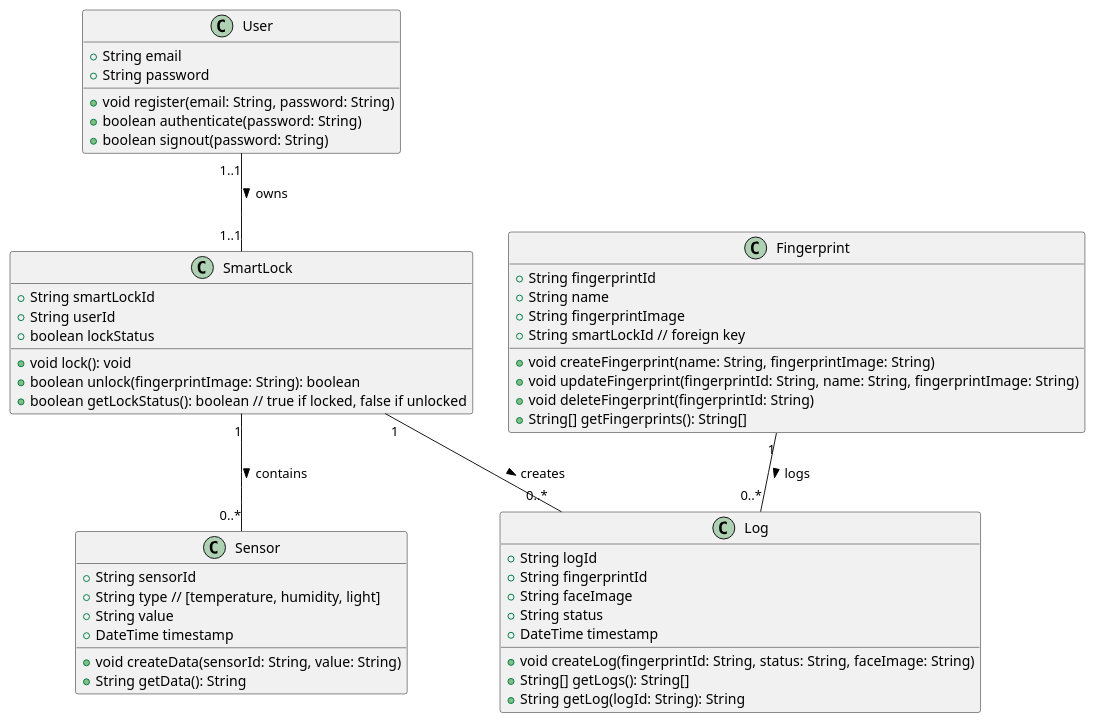
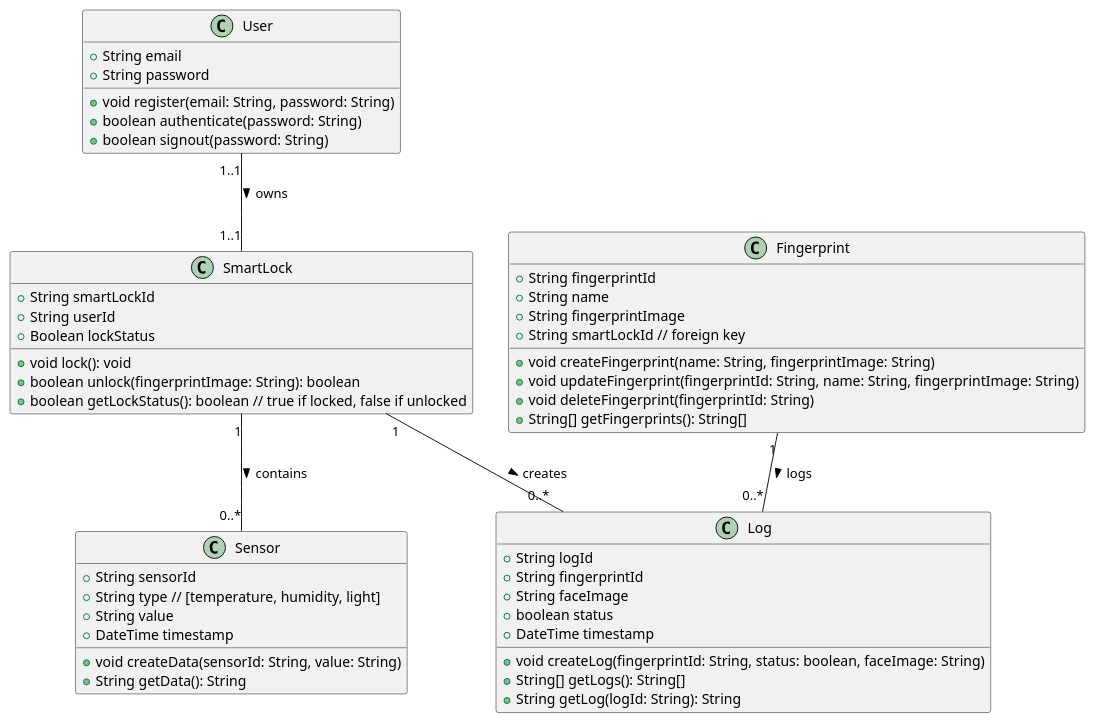
The diagram in uml/smart-lock.puml (Yiwahpsp/Embedded-Project), drawn with PlantUML before and after one commit. The commit also changed 5 other files, not shown here.

```diff
--- a/uml/smart-lock.puml
+++ b/uml/smart-lock.puml
@@ -1,54 +1,54 @@
 @startuml Simplified-Smart-Lock
 class User {
   +String email
   +String password
   +void register(email: String, password: String)
   +boolean authenticate(password: String)
   +boolean signout(password: String)
 }
 
 class SmartLock {
   +String smartLockId
   +String userId
-  +boolean lockStatus
+  +Boolean lockStatus
   +void lock(): void
   +boolean unlock(fingerprintImage: String): boolean
   +boolean getLockStatus(): boolean // true if locked, false if unlocked
 }
 
 class Sensor {
   +String sensorId
   +String type // [temperature, humidity, light]
   +String value
   +DateTime timestamp
   +void createData(sensorId: String, value: String)
   +String getData(): String
 }
 
 class Log {
   +String logId
   +String fingerprintId
   +String faceImage
-  +String status
+  +boolean status
   +DateTime timestamp
-  +void createLog(fingerprintId: String, status: String, faceImage: String)
+  +void createLog(fingerprintId: String, status: boolean, faceImage: String)
   +String[] getLogs(): String[]
   +String getLog(logId: String): String
 }
 
 class Fingerprint {
   +String fingerprintId
   +String name
   +String fingerprintImage
   +String smartLockId // foreign key
   +void createFingerprint(name: String, fingerprintImage: String)
   +void updateFingerprint(fingerprintId: String, name: String, fingerprintImage: String)
   +void deleteFingerprint(fingerprintId: String)
   +String[] getFingerprints(): String[]
 }
 
 User "1..1" -- "1..1" SmartLock : owns >
 SmartLock "1" -- "0..*" Log : creates >
 SmartLock "1" -- "0..*" Sensor : contains >
 Fingerprint "1" -- "0..*" Log : logs >
 @enduml
```
